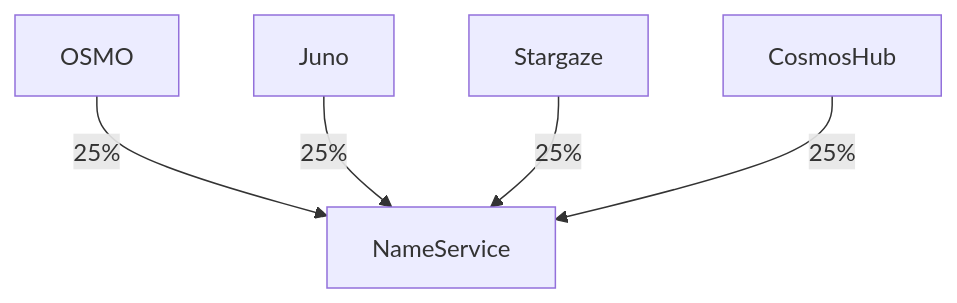
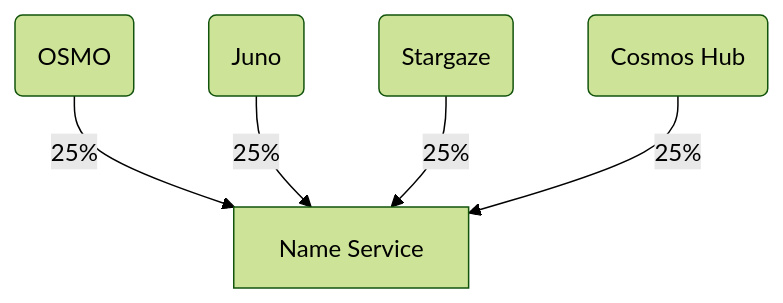
One commit to CosmWasm/mesh-security-hackathon changed the second of 4 diagrams in docs/UseCases.md. Above: the diagram before and after it, drawn with Mermaid. The commit also changed other lines of this file and 1 other file, not shown here.

````diff
--- a/docs/UseCases.md
+++ b/docs/UseCases.md
@@ -21,7 +22,8 @@
 ```mermaid
-graph TD
-  OSMO -- 25% --> NameService;
-  Juno -- 25% --> NameService;
-  Stargaze -- 25% --> NameService;
-  CosmosHub -- 25% --> NameService;
+flowchart TD
+  %%{init: {'theme': 'forest'}}%%
+  A(OSMO) --> |25%| N[Name Service];
+  B(Juno) -- 25% --> N;
+  C(Stargaze) -- 25% --> N;
+  D(Cosmos Hub) -- 25% --> N;
 ```
````
